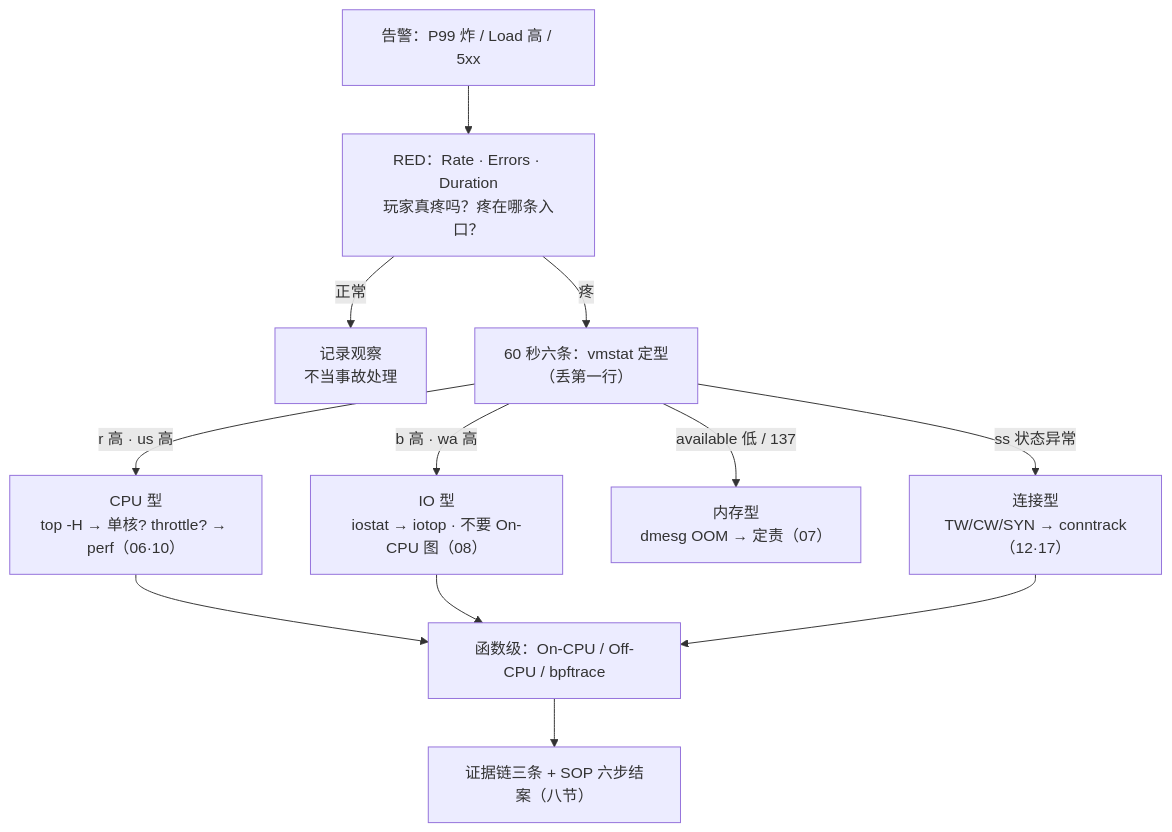
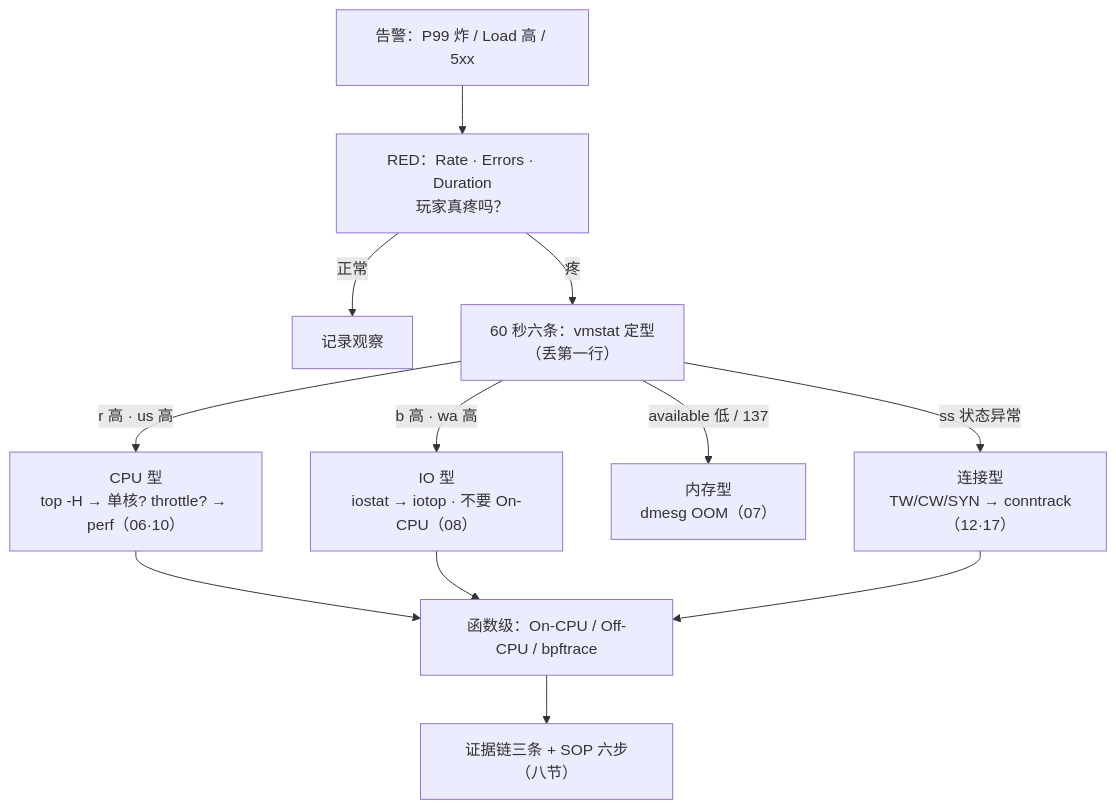
The fourth of 4 diagrams in 01-基础底座/21-性能方法论-USE与RED/知识点.md (ml-cuizijun/LearnToLilith), drawn with Mermaid before and after one commit. The commit also changed other lines of this file and 178 other files, not shown here.

````diff
--- a/01-基础底座/21-性能方法论-USE与RED/知识点.md
+++ b/01-基础底座/21-性能方法论-USE与RED/知识点.md
@@ -484,14 +465,14 @@
 ```mermaid
 flowchart TB
-    A["告警：P99 炸 / Load 高 / 5xx"] --> R["RED：Rate · Errors · Duration<br/>玩家真疼吗？疼在哪条入口？"]
-    R -->|正常| Z["记录观察<br/>不当事故处理"]
+    A["告警：P99 炸 / Load 高 / 5xx"] --> R["RED：Rate · Errors · Duration<br/>玩家真疼吗？"]
+    R -->|正常| Z["记录观察"]
     R -->|疼| B["60 秒六条：vmstat 定型<br/>（丢第一行）"]
     B -->|"r 高 · us 高"| C["CPU 型<br/>top -H → 单核? throttle? → perf（06·10）"]
-    B -->|"b 高 · wa 高"| D["IO 型<br/>iostat → iotop · 不要 On-CPU 图（08）"]
-    B -->|"available 低 / 137"| E["内存型<br/>dmesg OOM → 定责（07）"]
+    B -->|"b 高 · wa 高"| D["IO 型<br/>iostat → iotop · 不要 On-CPU（08）"]
+    B -->|"available 低 / 137"| E["内存型<br/>dmesg OOM（07）"]
     B -->|"ss 状态异常"| F["连接型<br/>TW/CW/SYN → conntrack（12·17）"]
     C --> G["函数级：On-CPU / Off-CPU / bpftrace"]
     D --> G
     F --> G
-    G --> H["证据链三条 + SOP 六步结案（八节）"]
+    G --> H["证据链三条 + SOP 六步（八节）"]
 ```
````
